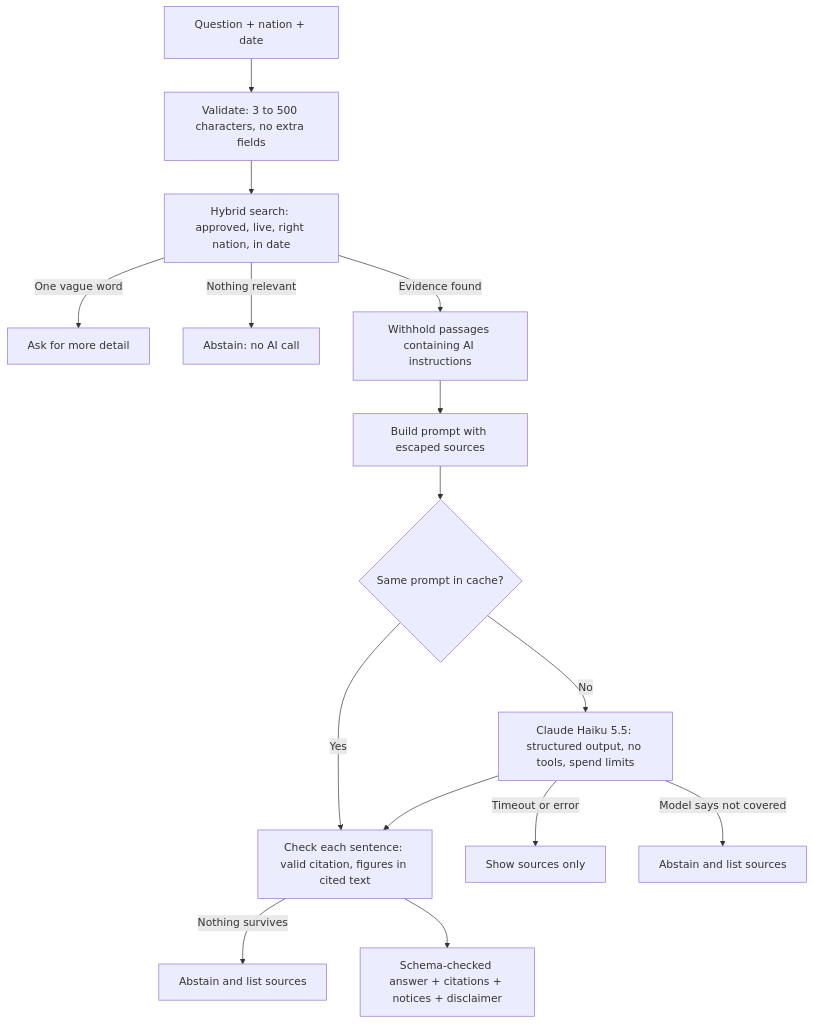
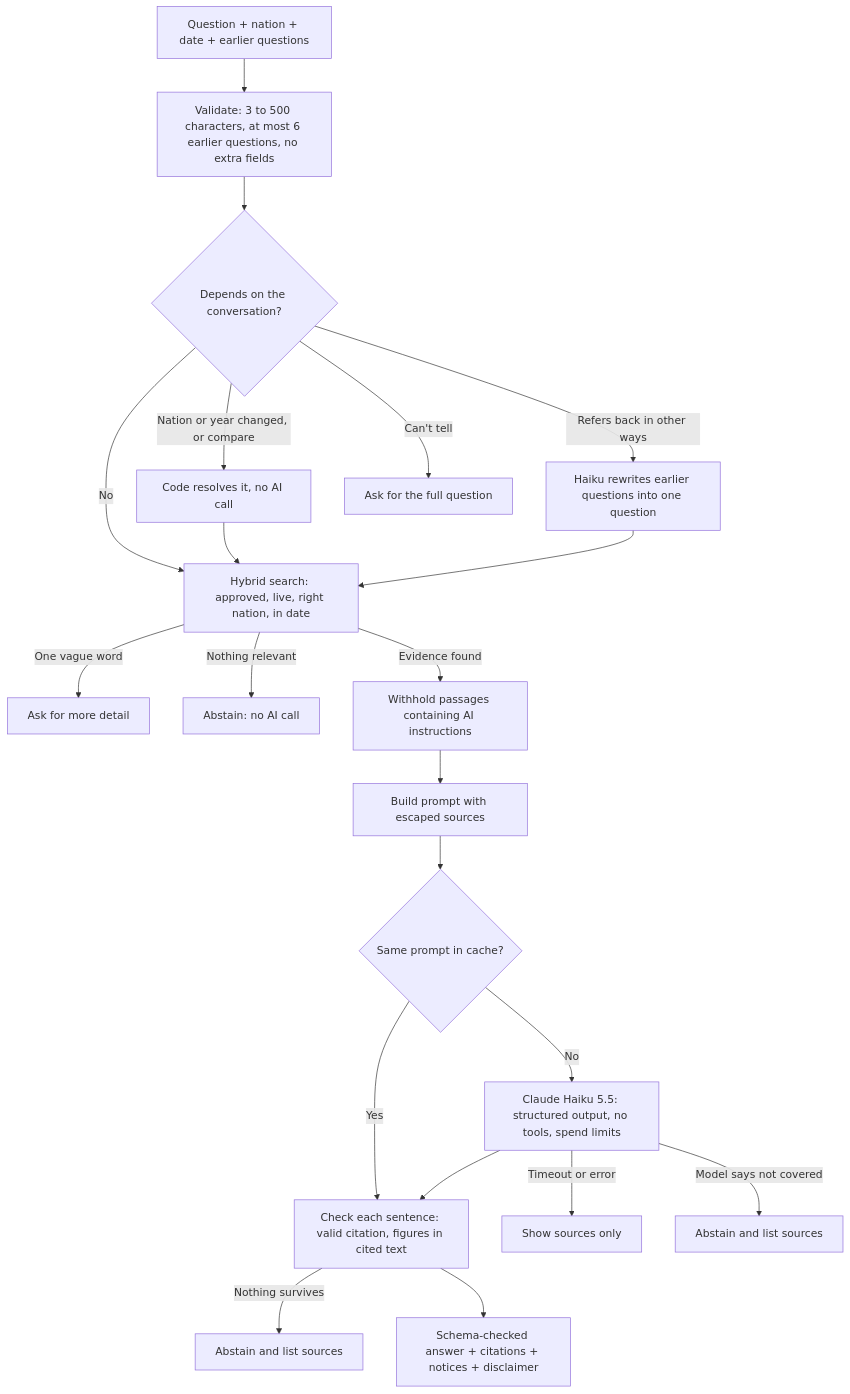
Before and after one commit to AryanYadav1010/WageWise: the second of 3 diagrams in PROJECT_OVERVIEW.md, drawn with Mermaid. The commit also changed other lines of this file and 44 other files, not shown here.

````diff
--- a/PROJECT_OVERVIEW.md
+++ b/PROJECT_OVERVIEW.md
@@ -152,17 +153,23 @@
 ```mermaid
 flowchart TD
-  Q[Question + nation + date] --> V[Validate: 3 to 500 characters, no extra fields]
-  V --> S[Hybrid search: approved, live, right nation, in date]
+  Q[Question + nation + date + earlier questions] --> V[Validate: 3 to 500 characters, at most 6 earlier questions, no extra fields]
+  V --> R{Depends on the conversation?}
+  R -->|No| S[Hybrid search: approved, live, right nation, in date]
+  R -->|Nation or year changed, or compare| CODE[Code resolves it, no AI call]
+  R -->|Refers back in other ways| RW[Haiku rewrites earlier questions into one question]
+  R -->|Can't tell| A5[Ask for the full question]
+  CODE --> S
+  RW --> S
   S -->|One vague word| A0[Ask for more detail]
   S -->|Nothing relevant| A1[Abstain: no AI call]
   S -->|Evidence found| F[Withhold passages containing AI instructions]
   F --> P[Build prompt with escaped sources]
   P --> H{Same prompt in cache?}
   H -->|Yes| C
   H -->|No| L[Claude Haiku 5.5: structured output, no tools, spend limits]
   L -->|Timeout or error| A2[Show sources only]
   L -->|Model says not covered| A3[Abstain and list sources]
   L --> C[Check each sentence: valid citation, figures in cited text]
   C -->|Nothing survives| A4[Abstain and list sources]
   C --> OK[Schema-checked answer + citations + notices + disclaimer]
 ```
````
